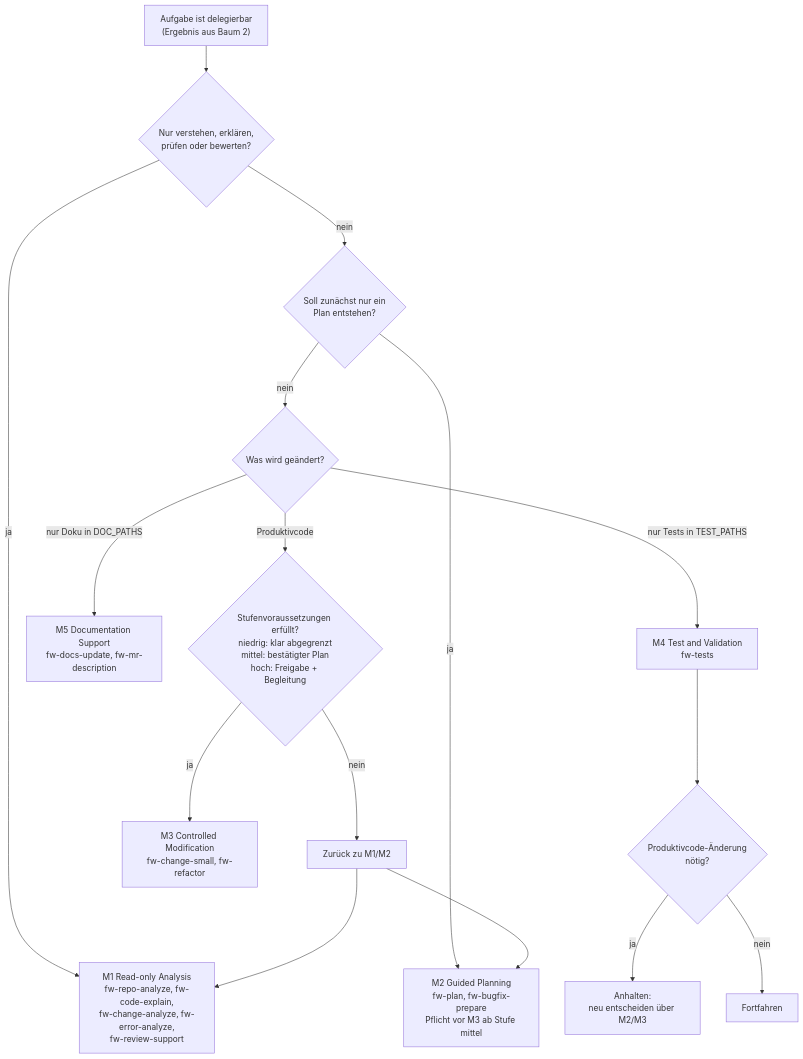
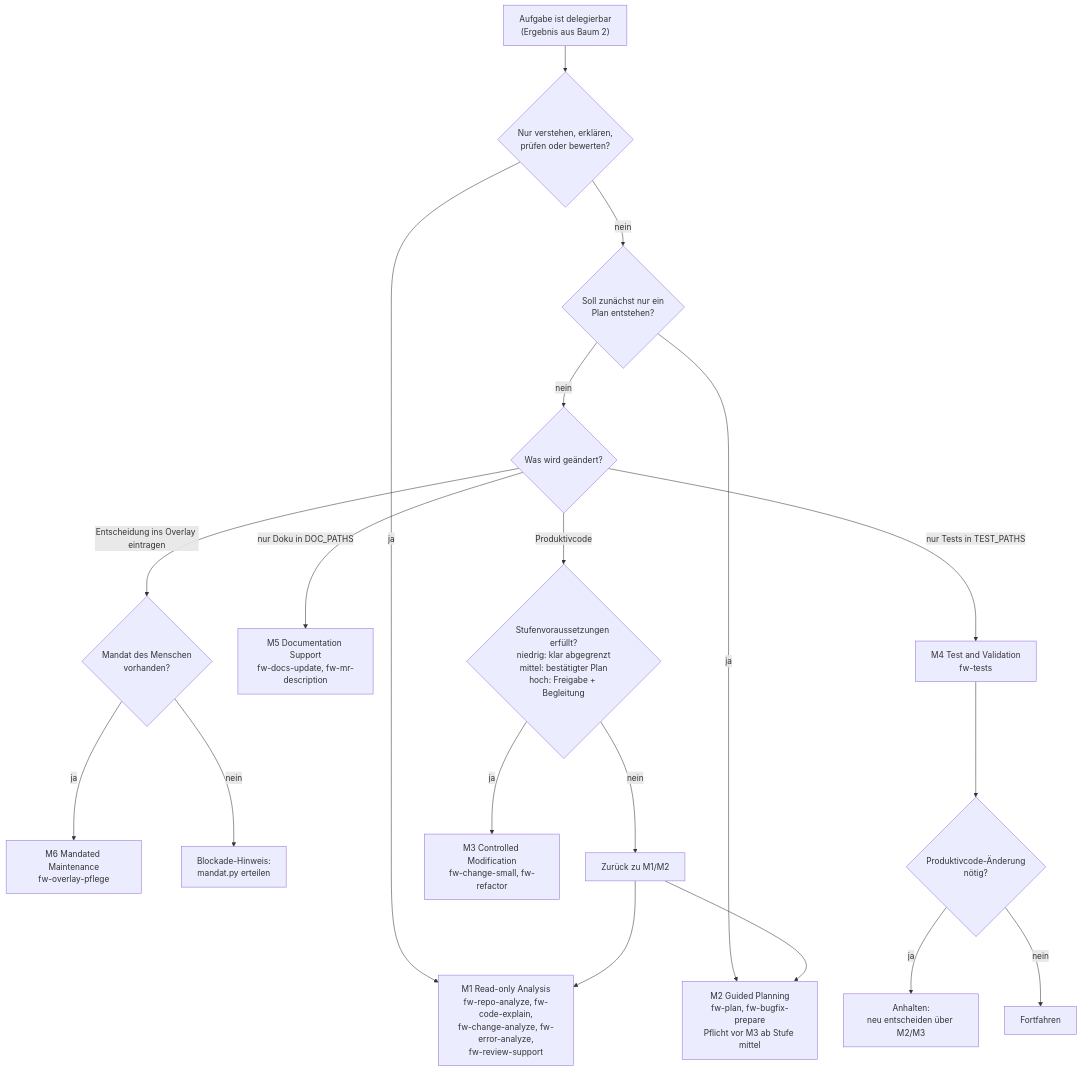
Before and after one commit to Renoxar/koolie: the diagram in .koolie/core/decision-trees/03-analyze-or-modify.md, drawn with Mermaid. The commit also changed other lines of this file and 53 other files, not shown here.

First line of the commit message:
Release 1.17.0: Das Mandat und die Reibung des ersten Projekteinsatzes - der Hook, der den Inhalt las, und die Entscheidung, die man abschreiben musste

````diff
--- a/.koolie/core/decision-trees/03-analyze-or-modify.md
+++ b/.koolie/core/decision-trees/03-analyze-or-modify.md
@@ -24,18 +25,21 @@
 ```mermaid
 flowchart TD
     A["Aufgabe ist delegierbar<br/>(Ergebnis aus Baum 2)"] --> B{"Nur verstehen, erklären,<br/>prüfen oder bewerten?"}
     B -- "ja" --> M1["M1 Read-only Analysis<br/>fw-repo-analyze, fw-code-explain,<br/>fw-change-analyze, fw-error-analyze,<br/>fw-review-support"]
     B -- "nein" --> C{"Soll zunächst nur ein<br/>Plan entstehen?"}
     C -- "ja" --> M2["M2 Guided Planning<br/>fw-plan, fw-bugfix-prepare<br/>Pflicht vor M3 ab Stufe mittel"]
     C -- "nein" --> D{"Was wird geändert?"}
     D -- "nur Tests in TEST_PATHS" --> M4["M4 Test and Validation<br/>fw-tests"]
     D -- "nur Doku in DOC_PATHS" --> M5["M5 Documentation Support<br/>fw-docs-update, fw-mr-description"]
+    D -- "Entscheidung ins Overlay eintragen" --> M6{"Mandat des Menschen<br/>vorhanden?"}
+    M6 -- "ja" --> M6J["M6 Mandated Maintenance<br/>fw-overlay-pflege"]
+    M6 -- "nein" --> BH["Blockade-Hinweis:<br/>mandat.py erteilen"]
     D -- "Produktivcode" --> E{"Stufenvoraussetzungen erfüllt?<br/>niedrig: klar abgegrenzt<br/>mittel: bestätigter Plan<br/>hoch: Freigabe + Begleitung"}
     E -- "nein" --> Z["Zurück zu M1/M2"]
     Z --> M1
     Z --> M2
     E -- "ja" --> M3["M3 Controlled Modification<br/>fw-change-small, fw-refactor"]
     M4 --> F{"Produktivcode-Änderung<br/>nötig?"}
     F -- "ja" --> HALT["Anhalten:<br/>neu entscheiden über M2/M3"]
     F -- "nein" --> OK["Fortfahren"]
 ```
````
